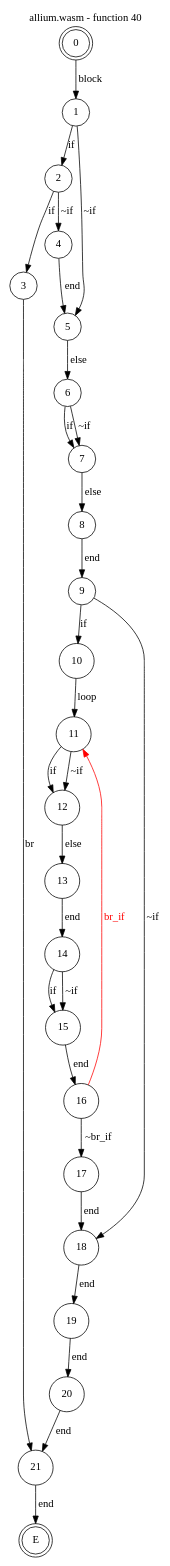
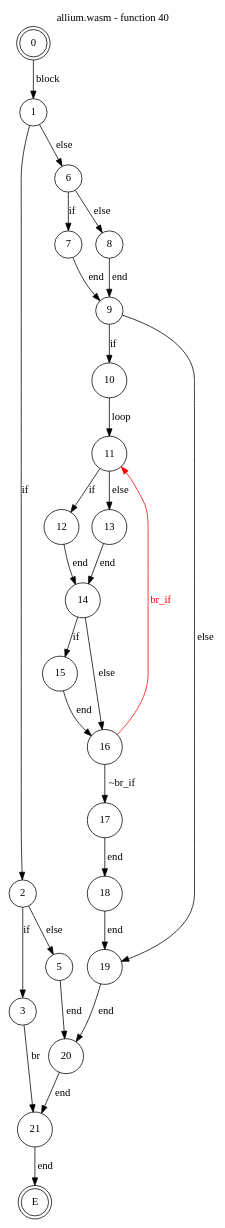
Before and after one commit to jsCarleton/wanalyze: the diagram in test_cases/allium/funcs/allium-func40.dot, drawn with Graphviz. The commit also changed 198 other files, not shown here.

```diff
--- a/test_cases/allium/funcs/allium-func40.dot
+++ b/test_cases/allium/funcs/allium-func40.dot
@@ -1,38 +1,37 @@
 digraph finite_state_machine {
     label = "allium.wasm - function 40"
     labelloc =  t
     labelfontsize = 16
     labelfontcolor = black
     labelfontname = "Helvetica"
     node [shape = doublecircle]; 0 E ;
     node [shape = circle];
     0 -> 1[label="block"];
     1 -> 2[label="if"];
-    1 -> 5[label="~if"];
+    1 -> 6[label="else"];
     2 -> 3[label="if"];
-    2 -> 4[label="~if"];
+    2 -> 5[label="else"];
     3 -> 21[label="br"];
-    4 -> 5[label="end"];
-    5 -> 6[label="else"];
+    5 -> 20[label="end"];
     6 -> 7[label="if"];
-    6 -> 7[label="~if"];
-    7 -> 8[label="else"];
+    6 -> 8[label="else"];
+    7 -> 9[label="end"];
     8 -> 9[label="end"];
     9 -> 10[label="if"];
-    9 -> 18[label="~if"];
+    9 -> 19[label="else"];
     10 -> 11[label="loop"];
     11 -> 12[label="if"];
-    11 -> 12[label="~if"];
-    12 -> 13[label="else"];
+    11 -> 13[label="else"];
+    12 -> 14[label="end"];
     13 -> 14[label="end"];
     14 -> 15[label="if"];
-    14 -> 15[label="~if"];
+    14 -> 16[label="else"];
     15 -> 16[label="end"];
     16 -> 17[label="~br_if"];
     16 -> 11[color="red" fontcolor="red" label="br_if"];
     17 -> 18[label="end"];
     18 -> 19[label="end"];
     19 -> 20[label="end"];
     20 -> 21[label="end"];
     21 -> E[label="end"];
 }
```
